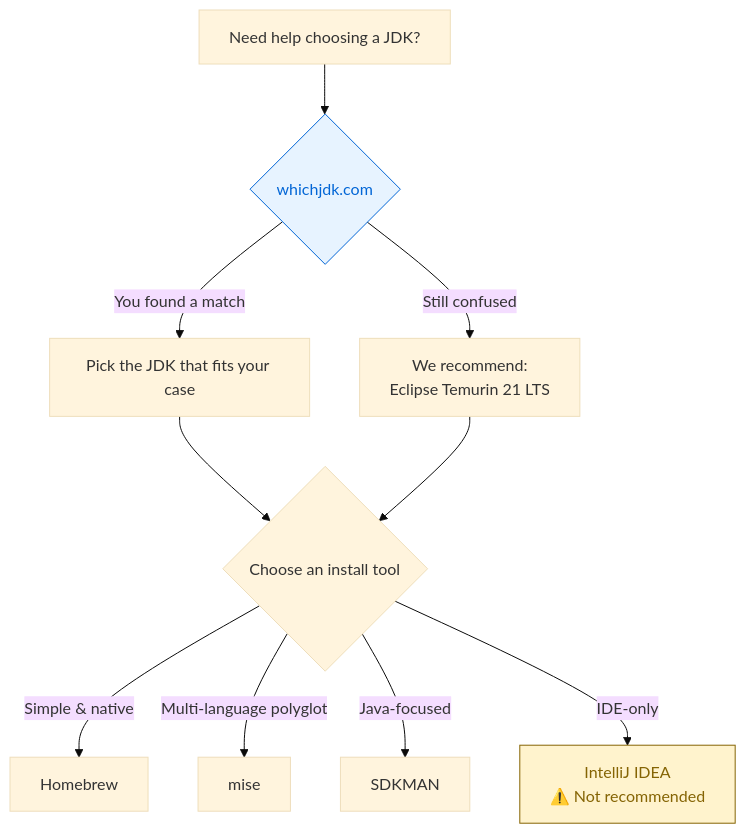
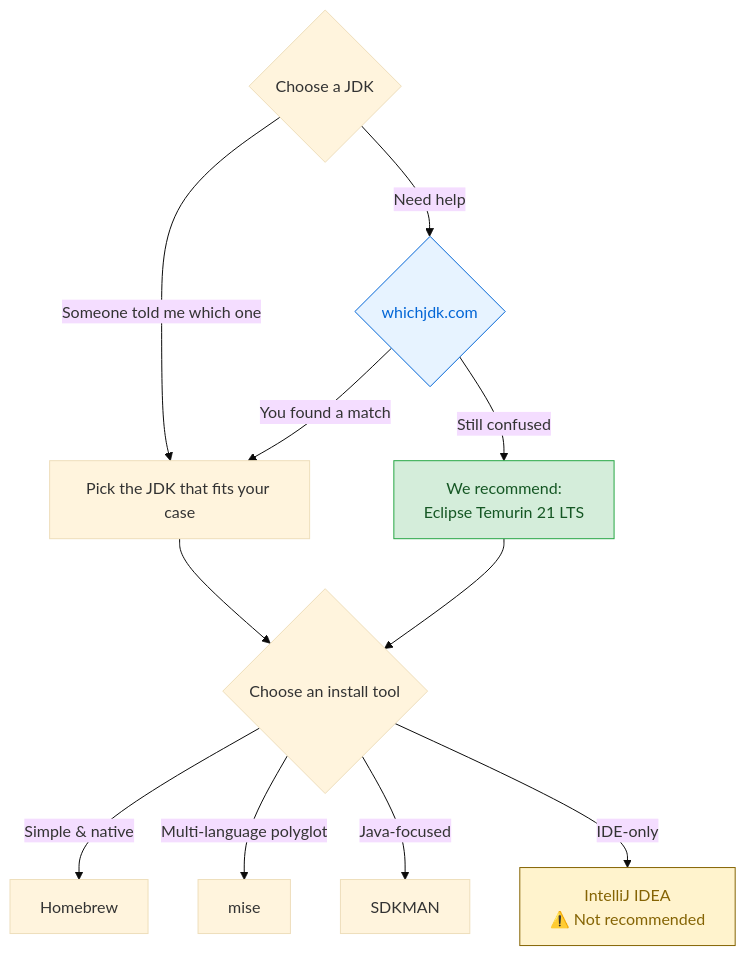
Before and after one commit to Siddhant/siddhant.github.io: the diagram in _posts/2025-12-27-java-macOS.md, drawn with Mermaid (base theme).

````diff
--- a/_posts/2025-12-27-java-macOS.md
+++ b/_posts/2025-12-27-java-macOS.md
@@ -106,15 +106,17 @@
 ```mermaid
 flowchart TD
-    A[Need help choosing a JDK?] --> B{whichjdk.com}
-    B -->|You found a match| C[Pick the JDK that fits your case]
+    A{Choose a JDK} -->|Someone told me which one| C[Pick the JDK that fits your case]
+    A -->|Need help| B{whichjdk.com}
+    B -->|You found a match| C
     B -->|Still confused| D[We recommend:<br/>Eclipse Temurin 21 LTS]
     C --> E{Choose an install tool}
     D --> E
     E -->|Simple & native| F[Homebrew]
     E -->|Multi-language polyglot| G[mise]
     E -->|Java-focused| H[SDKMAN]
     E -->|IDE-only| I[IntelliJ IDEA<br/>⚠️ Not recommended]
     click B "https://whichjdk.com" _blank
     style B fill:#e7f3ff,stroke:#0366d6,color:#0366d6
+    style D fill:#d4edda,stroke:#28a745,color:#155724
     style I fill:#fff3cd,stroke:#856404,color:#856404
 ```
````
